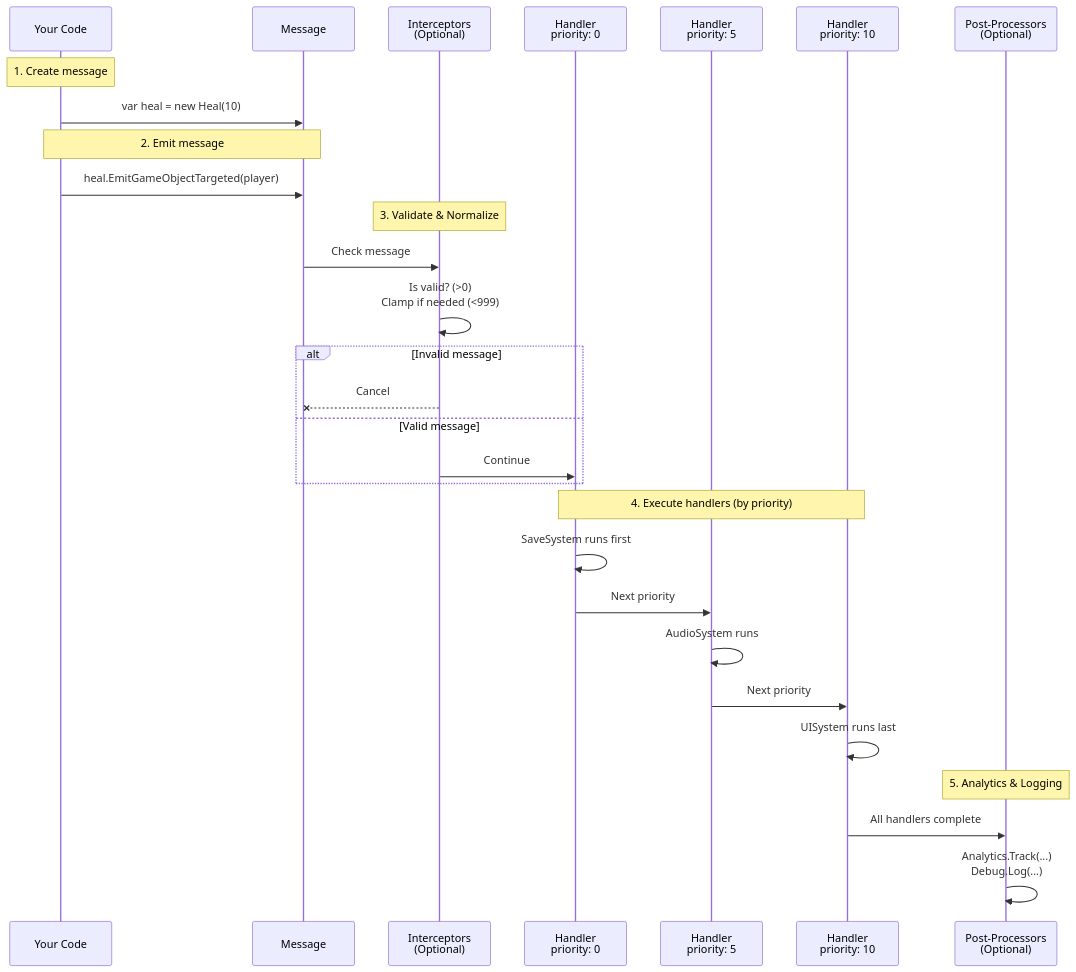
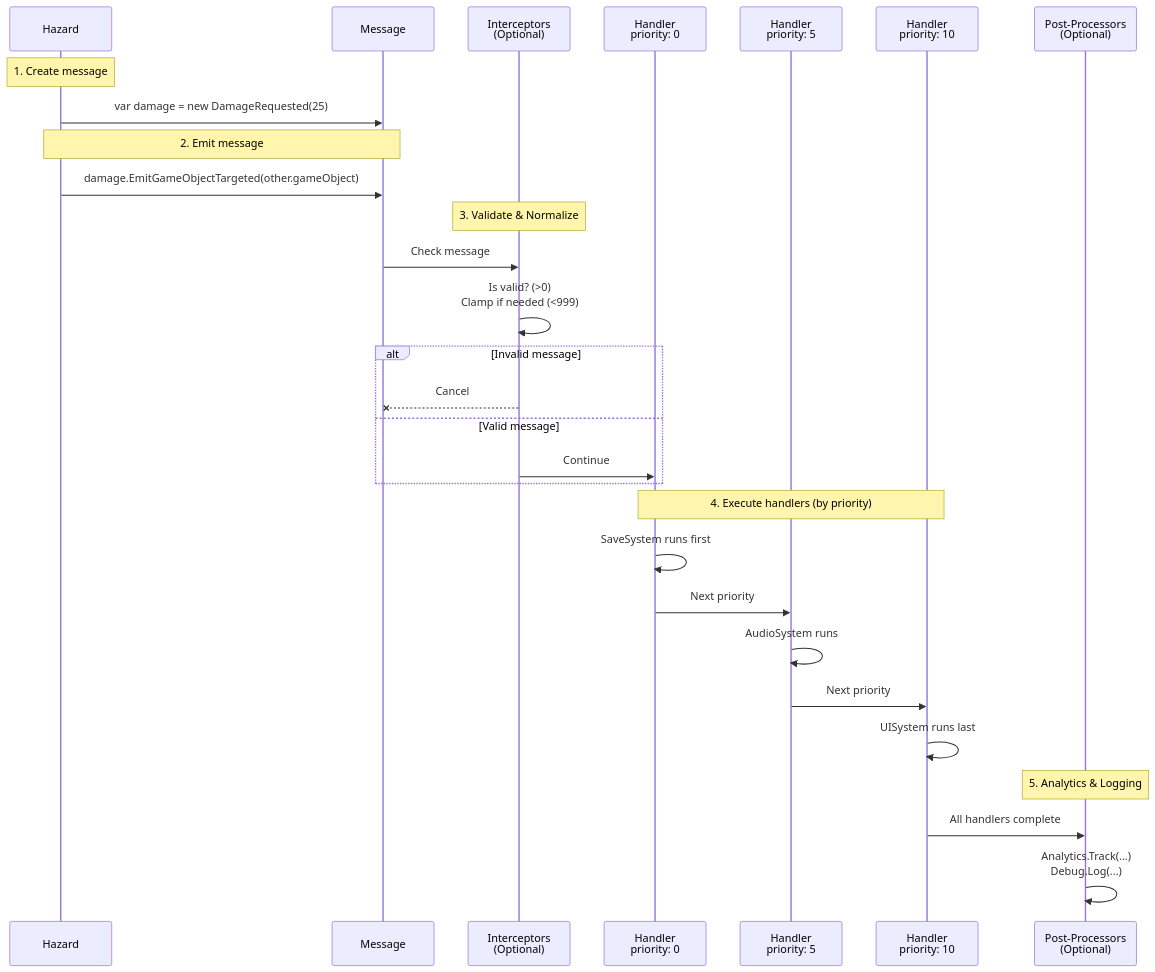
Before and after one commit to Ambiguous-Interactive/DxMessaging: the third of 7 diagrams in docs/getting-started/visual-guide.md, drawn with Mermaid. The commit also changed other lines of this file and 17 other files, not shown here.

````diff
--- a/docs/getting-started/visual-guide.md
+++ b/docs/getting-started/visual-guide.md
@@ -152,36 +152,36 @@
 ```mermaid
 sequenceDiagram
-    participant You as Your Code
+    participant Hazard
     participant Msg as Message
     participant Int as Interceptors<br/>(Optional)
     participant H0 as Handler<br/>priority: 0
     participant H5 as Handler<br/>priority: 5
     participant H10 as Handler<br/>priority: 10
     participant PP as Post-Processors<br/>(Optional)
 
-    Note over You: 1. Create message
-    You->>Msg: var heal = new Heal(10);
+    Note over Hazard: 1. Create message
+    Hazard->>Msg: var damage = new DamageRequested(25);
 
-    Note over You,Msg: 2. Emit message
-    You->>Msg: heal.EmitGameObjectTargeted(player);
+    Note over Hazard,Msg: 2. Emit message
+    Hazard->>Msg: damage.EmitGameObjectTargeted(other.gameObject);
 
     Note over Int: 3. Validate & Normalize
     Msg->>Int: Check message
     Int->>Int: Is valid? (>0)<br/>Clamp if needed (<999)
     alt Invalid message
         Int--xMsg: Cancel
     else Valid message
         Int->>H0: Continue
     end
 
     Note over H0,H10: 4. Execute handlers (by priority)
     H0->>H0: SaveSystem runs first
     H0->>H5: Next priority
     H5->>H5: AudioSystem runs
     H5->>H10: Next priority
     H10->>H10: UISystem runs last
 
     Note over PP: 5. Analytics & Logging
     H10->>PP: All handlers complete
     PP->>PP: Analytics.Track(...)<br/>Debug.Log(...)
 ```
````
